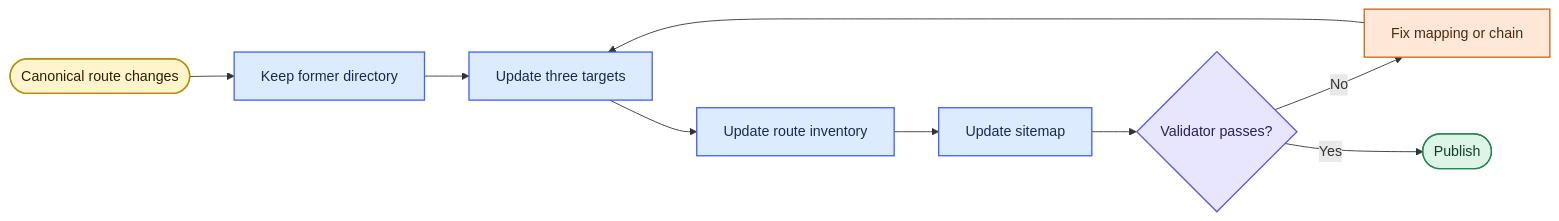
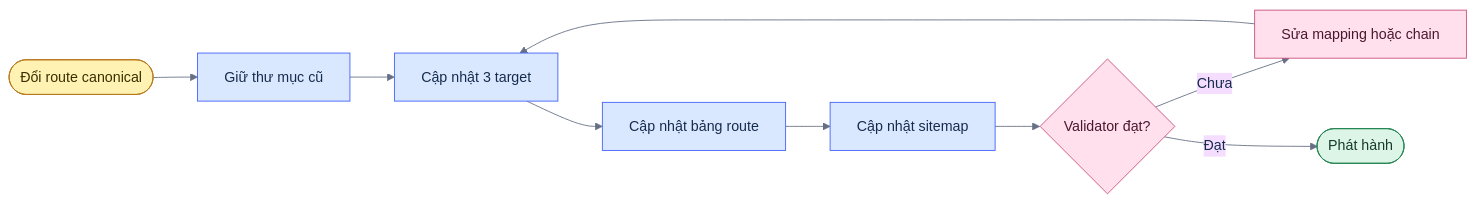
The second of 2 diagrams in apps/URL-MIGRATION.md (thangldw/thangldw.github.io), drawn with Mermaid before and after one commit. The commit also changed other lines of this file and 7 other files, not shown here.

````diff
--- a/apps/URL-MIGRATION.md
+++ b/apps/URL-MIGRATION.md
@@ -57,22 +60,21 @@
 ```mermaid
+%%{init: {"theme":"base","themeVariables":{"fontFamily":"Inter, Arial, sans-serif","lineColor":"#667085","primaryTextColor":"#172B4D"}}}%%
 flowchart LR
-  Change(["Canonical route changes"]) --> Keep["Keep former directory"]
-  Keep --> Point["Update three targets"]
-  Point --> Record["Update route inventory"]
-  Record --> Map["Update sitemap"]
-  Map --> Check{"Validator passes?"}
-  Check -->|No| Repair["Fix mapping or chain"]
-  Repair --> Point
-  Check -->|Yes| Done(["Publish"])
+  Change(["Đổi route canonical"]) --> Keep["Giữ thư mục cũ"]
+  Keep --> Targets["Cập nhật 3 target"]
+  Targets --> Inventory["Cập nhật bảng route"]
+  Inventory --> Sitemap["Cập nhật sitemap"]
+  Sitemap --> Check{"Validator đạt?"}
+  Check -->|"Chưa"| Repair["Sửa mapping hoặc chain"]
+  Repair --> Targets
+  Check -->|"Đạt"| Publish(["Phát hành"])
 
-  classDef start fill:#FFF4CC,stroke:#B88A00,color:#292300,stroke-width:1.5px;
-  classDef process fill:#DDEBFF,stroke:#4262FF,color:#172B4D,stroke-width:1.5px;
-  classDef decision fill:#E8E5FF,stroke:#5B5BD6,color:#24225A,stroke-width:1.5px;
-  classDef correction fill:#FFE8D7,stroke:#C96A21,color:#4A2A12,stroke-width:1.5px;
-  classDef finish fill:#DDF5E7,stroke:#238653,color:#153B29,stroke-width:1.5px;
-  class Change start;
-  class Keep,Point,Record,Map process;
-  class Check decision;
-  class Repair correction;
-  class Done finish;
+  classDef yellow fill:#FFF2B2,stroke:#B7791F,color:#3B2F00,stroke-width:1px;
+  classDef blue fill:#D9E8FF,stroke:#4262FF,color:#172B4D,stroke-width:1px;
+  classDef green fill:#DDF5E7,stroke:#238653,color:#153B29,stroke-width:1px;
+  classDef pink fill:#FFE0EC,stroke:#C94F7C,color:#4A1730,stroke-width:1px;
+  class Change yellow;
+  class Keep,Targets,Inventory,Sitemap blue;
+  class Check,Repair pink;
+  class Publish green;
 ```
````
